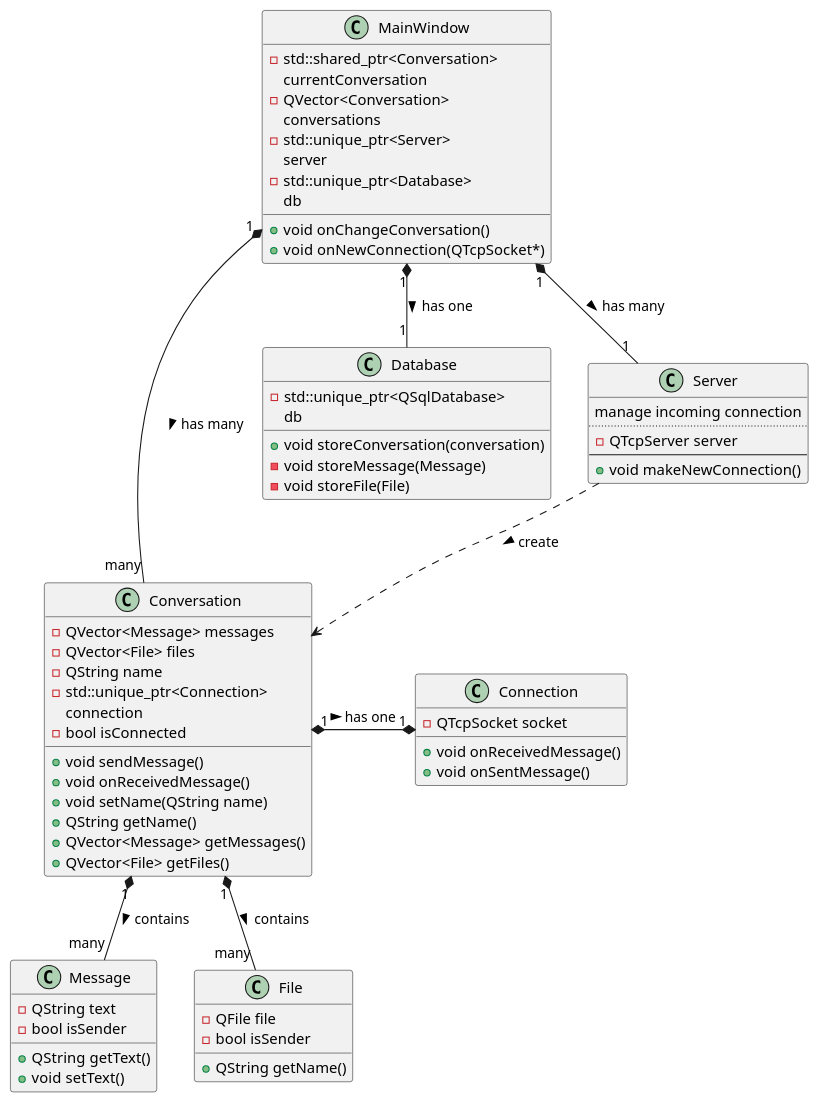
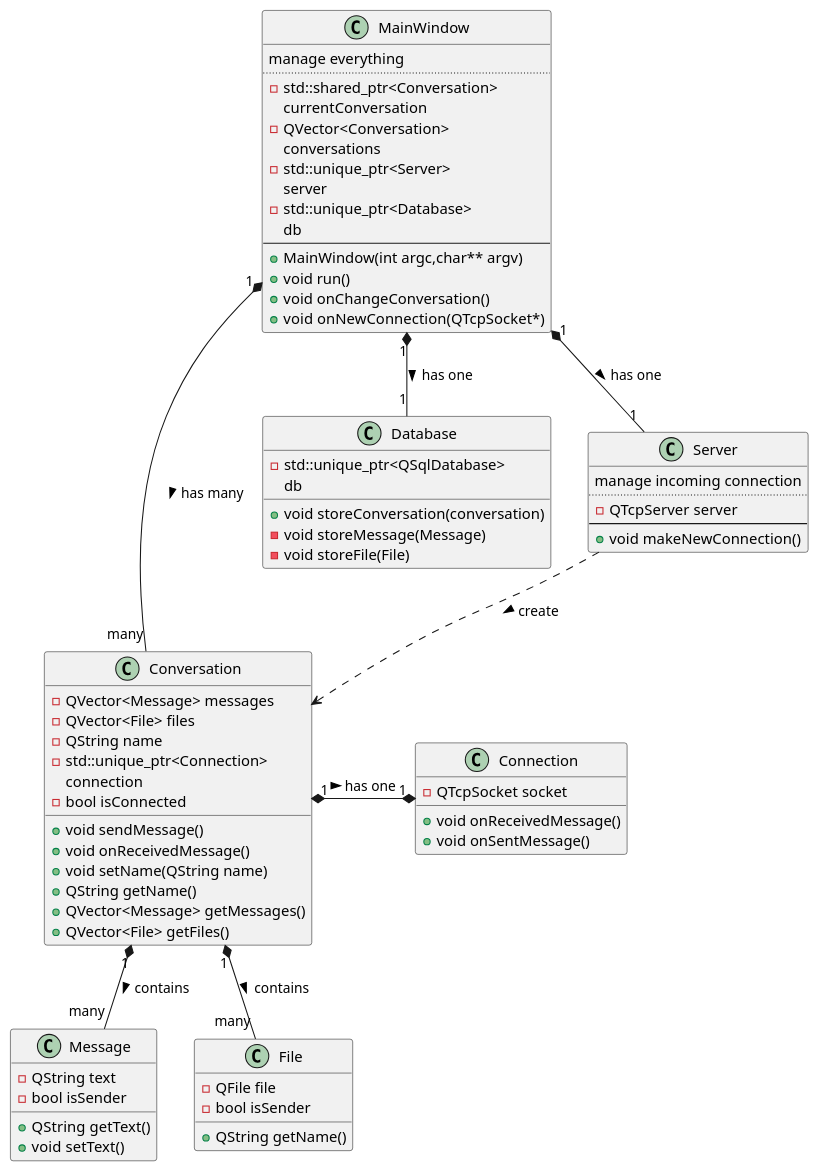
The diagram in uml/diagram.puml (dstopka/p2p-communicator), drawn with PlantUML before and after one commit. The commit also changed 6 other files, not shown here.

Commit message:
CHANGE STANDARD TO CPP14 cosmetic change in uml update .gitignore add class MainWindow

```diff
--- a/uml/diagram.puml
+++ b/uml/diagram.puml
@@ -2,82 +2,87 @@
 @startuml
 
 class MainWindow
 class Database
 class Conversation
 class Message
 class Server
 class Connection
 class File
 
 MainWindow "1" *-- "many" Conversation : has many >
 MainWindow "1" *-- "1" Database : has one >
-MainWindow "1" *-- "1" Server : has many >
+MainWindow "1" *-- "1" Server : has one >
 Conversation "1" *-- "many" Message : contains >
 Conversation "1" *-- "many" File : contains >
 Server ..> Conversation : create >
 Conversation "1" *-* "1" Connection : has one >
 
 class MainWindow {
+manage everything
+..
 -std::shared_ptr<Conversation>
 currentConversation
 -QVector<Conversation>
 conversations
 -std::unique_ptr<Server>
 server
 -std::unique_ptr<Database>
 db
+--
++MainWindow(int argc,char** argv)
++void run()
 +void onChangeConversation()
 +void onNewConnection(QTcpSocket*)
 }
 
 class Conversation {
 +void sendMessage()
 +void onReceivedMessage()
 +void setName(QString name)
 +QString getName()
 +QVector<Message> getMessages()
 +QVector<File> getFiles()
 -QVector<Message> messages
 -QVector<File> files
 -QString name
 -std::unique_ptr<Connection>
 connection
 -bool isConnected
 }
 
 class Message {
 +QString getText()
 +void setText()
 -QString text
 -bool isSender
 }
 
 class Server {
 manage incoming connection
 ..
 -QTcpServer server
 --
 +void makeNewConnection()
 }
 
 class Connection {
 +void onReceivedMessage()
 +void onSentMessage()
 -QTcpSocket socket
 }
 
 class File {
 +QString getName()
 -QFile file
 -bool isSender
 }
 
 class Database {
 -std::unique_ptr<QSqlDatabase>
 db
 +void storeConversation(conversation)
 -void storeMessage(Message)
 -void storeFile(File)
 }
 
 @enduml
```
